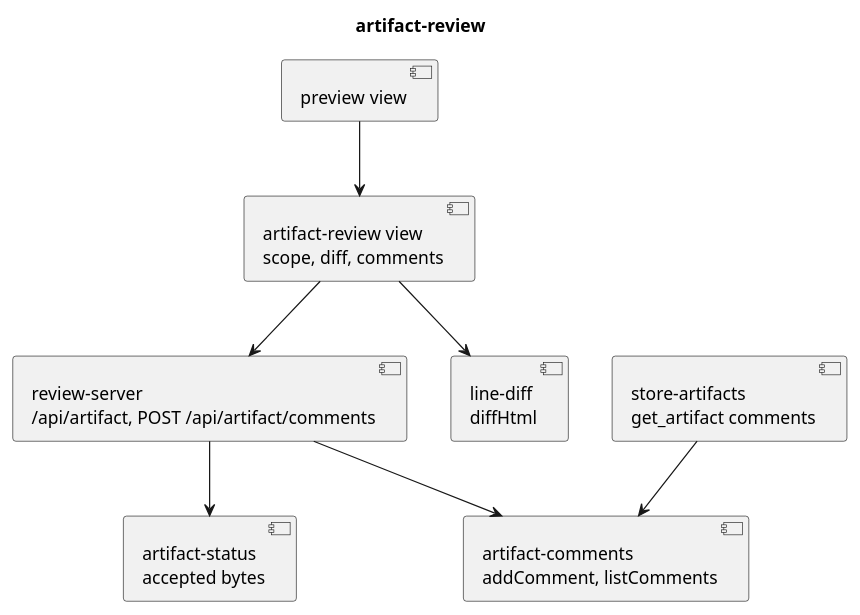
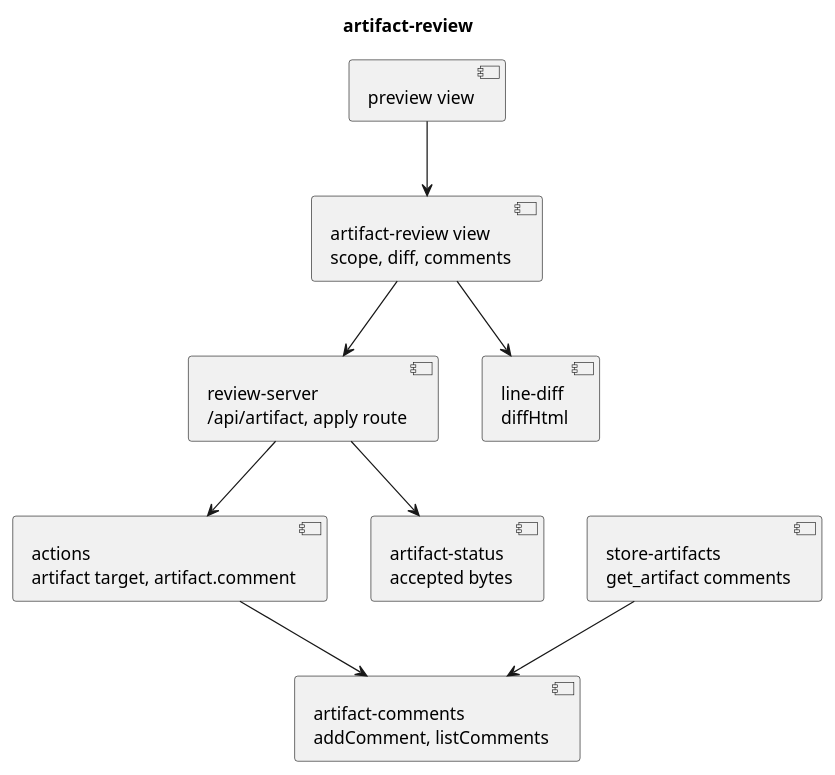
Before and after one commit to RumyantsevMichael/Prism: the diagram in docs/plans/workspace-artifacts/artifact-review/code.puml, drawn with PlantUML. The commit also changed 6 other files, not shown here.

First line of the commit message:
chore: comment on store artifacts through the review app's actions

```diff
--- a/docs/plans/workspace-artifacts/artifact-review/code.puml
+++ b/docs/plans/workspace-artifacts/artifact-review/code.puml
@@ -1,18 +1,20 @@
 @startuml
 title artifact-review
 
 component "artifact-comments\naddComment, listComments" as comments
-component "review-server\n/api/artifact, POST /api/artifact/comments" as server
+component "review-server\n/api/artifact, apply route" as server
+component "actions\nartifact target, artifact.comment" as actions
 component "artifact-review view\nscope, diff, comments" as view
 component "line-diff\ndiffHtml" as diff
 component "preview view" as preview
 component "store-artifacts\nget_artifact comments" as tools
 component "artifact-status\naccepted bytes" as status
 
-server --> comments
+server --> actions
+actions --> comments
 server --> status
 tools --> comments
 preview --> view
 view --> diff
 view --> server
 @enduml
```
